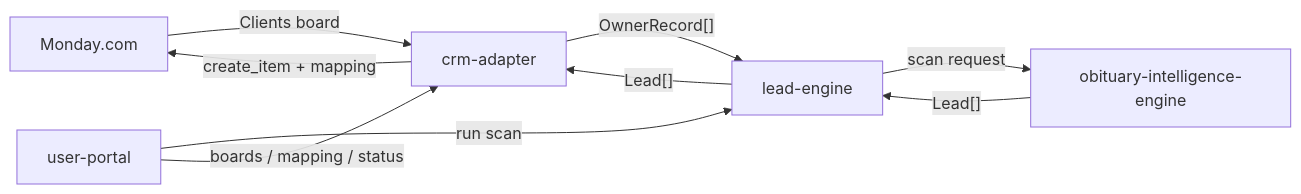
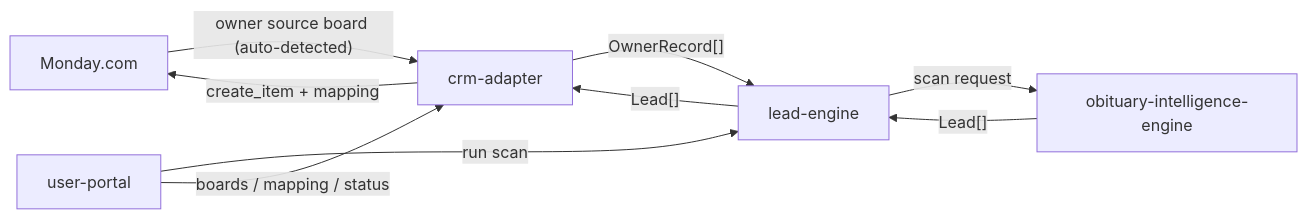
The first of 3 diagrams in docs/system-architecture.md (nice-and-precise/lli-saas), drawn with Mermaid before and after one commit. The commit also changed other lines of this file and 5 other files, not shown here.

````diff
--- a/docs/system-architecture.md
+++ b/docs/system-architecture.md
@@ -16,11 +16,11 @@
 ```mermaid
 flowchart LR
-    CRM["Monday.com"] -->|"Clients board"| CA["crm-adapter"]
+    CRM["Monday.com"] -->|"owner source board (auto-detected)"| CA["crm-adapter"]
     CA -->|"OwnerRecord[]"| LE["lead-engine"]
     LE -->|"scan request"| OE["obituary-intelligence-engine"]
     OE -->|"Lead[]"| LE
     LE -->|"Lead[]"| CA
     CA -->|"create_item + mapping"| CRM
     UP["user-portal"] -->|"run scan"| LE
     UP -->|"boards / mapping / status"| CA
 ```
````
